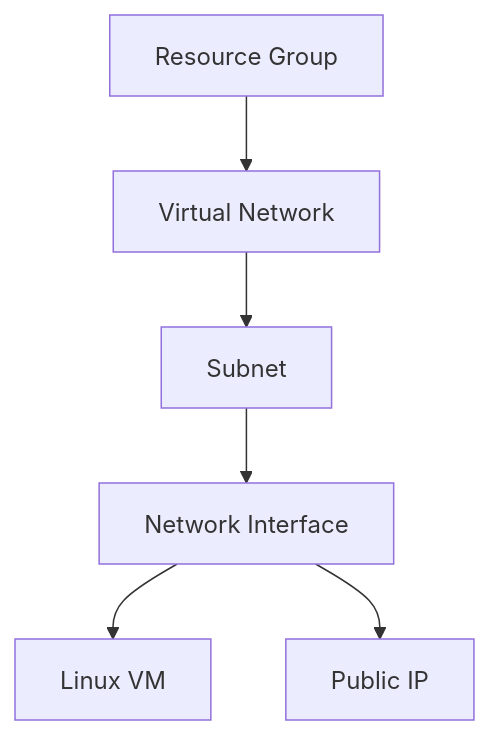
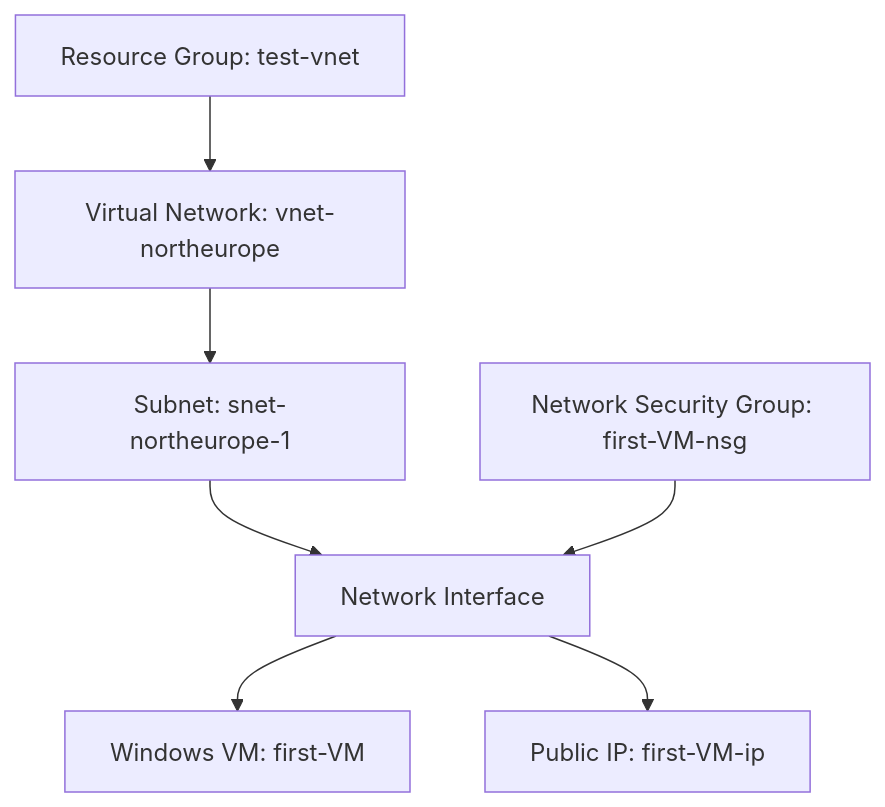
One commit to IbNdah/azure-vm-deployment-lab changed the diagram in architecture/vm-topology.mmd. Above: the diagram before and after it, drawn with Mermaid.

Commit message:
Adapted topology

```diff
--- a/architecture/vm-topology.mmd
+++ b/architecture/vm-topology.mmd
@@ -1,14 +1,16 @@
 flowchart TB
 
-RG["Resource Group"]
-VNet["Virtual Network"]
-Subnet["Subnet"]
+RG["Resource Group: test-vnet"]
+VNet["Virtual Network: vnet-northeurope"]
+Subnet["Subnet: snet-northeurope-1"]
+NSG["Network Security Group: first-VM-nsg"]
+PublicIP["Public IP: first-VM-ip"]
 NIC["Network Interface"]
-PublicIP["Public IP"]
-VM["Linux VM"]
+VM["Windows VM: first-VM"]
 
 RG --> VNet
 VNet --> Subnet
 Subnet --> NIC
 NIC --> VM
 NIC --> PublicIP
+NSG --> NIC
```
